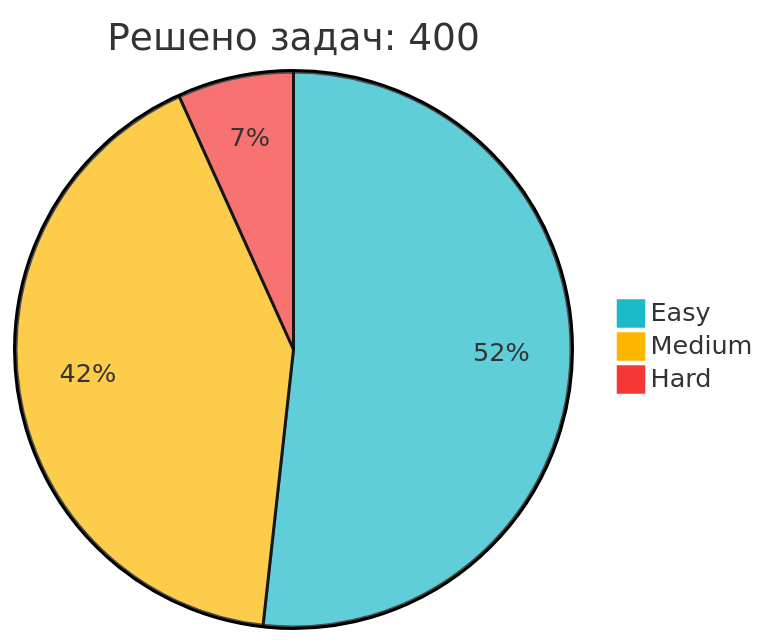
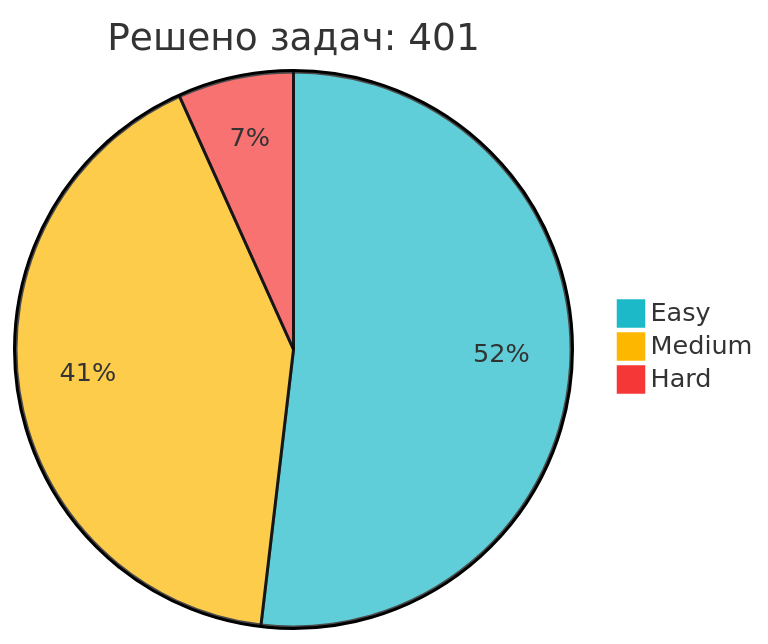
Before and after one commit to IliaKurdukov/IliaKurdukov: the diagram in README.md, drawn with Mermaid. The commit also changed other lines of this file, not shown here.

Commit message:
📈 Обновление статистики LeetCode

````diff
--- a/README.md
+++ b/README.md
@@ -51,7 +51,7 @@
 ```mermaid
 %%{init: {'theme': 'base', 'themeVariables': { 'pie1': '#1CBAC8', 'pie2': '#FEB700', 'pie3': '#F63737' }, 'config': {'width': 300, 'height': 200}}}%%
-pie title Решено задач: 400
-   "Easy" : 207
+pie title Решено задач: 401
+   "Easy" : 208
    "Medium" : 166
    "Hard" : 27
 ```
````
